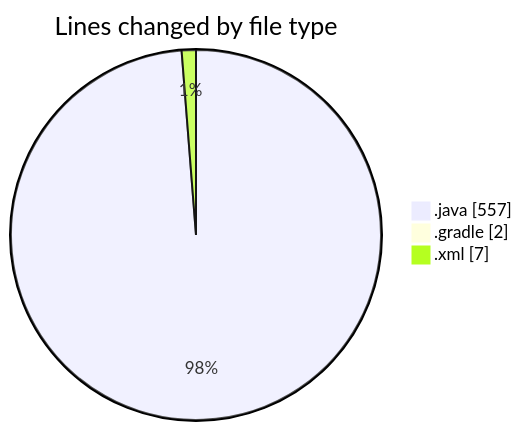
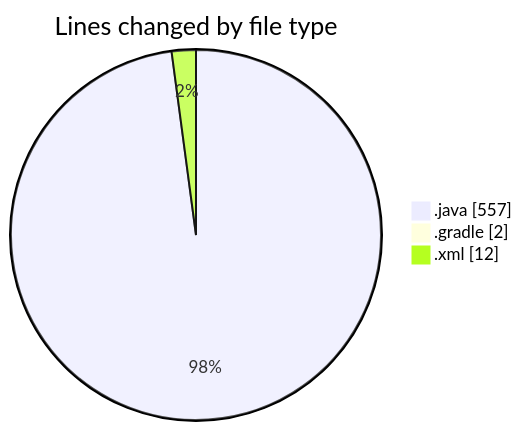
One commit to charlie-sans/code-tracking changed the first of 2 diagrams in 2025-02-27/konsole/README.md. Above: the diagram before and after it, drawn with Mermaid. The commit also changed other lines of this file and 1 other file, not shown here.

````diff
--- a/2025-02-27/konsole/README.md
+++ b/2025-02-27/konsole/README.md
@@ -26,7 +26,7 @@
 ```mermaid
 pie showData
 title Lines changed by file type
 ".java" : 557
 ".gradle" : 2
-".xml" : 7
+".xml" : 12
 ```
````
